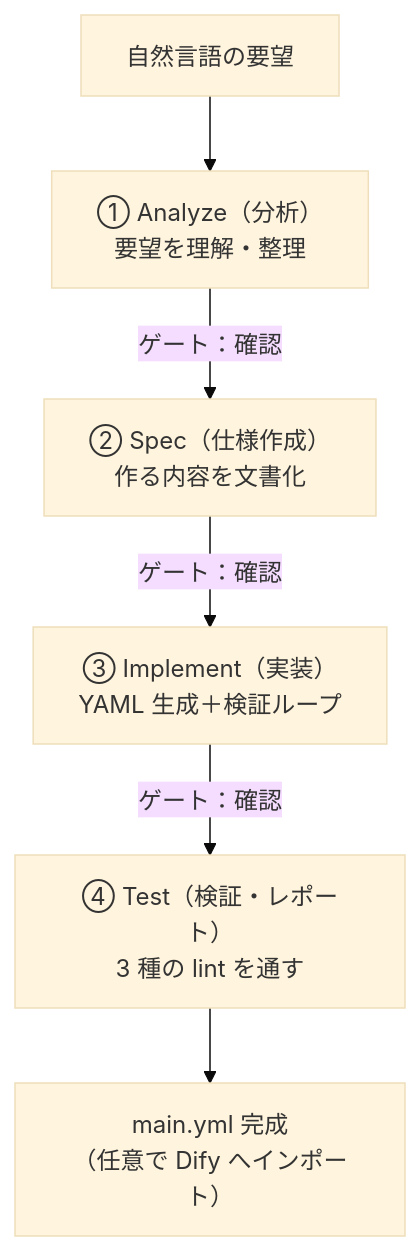
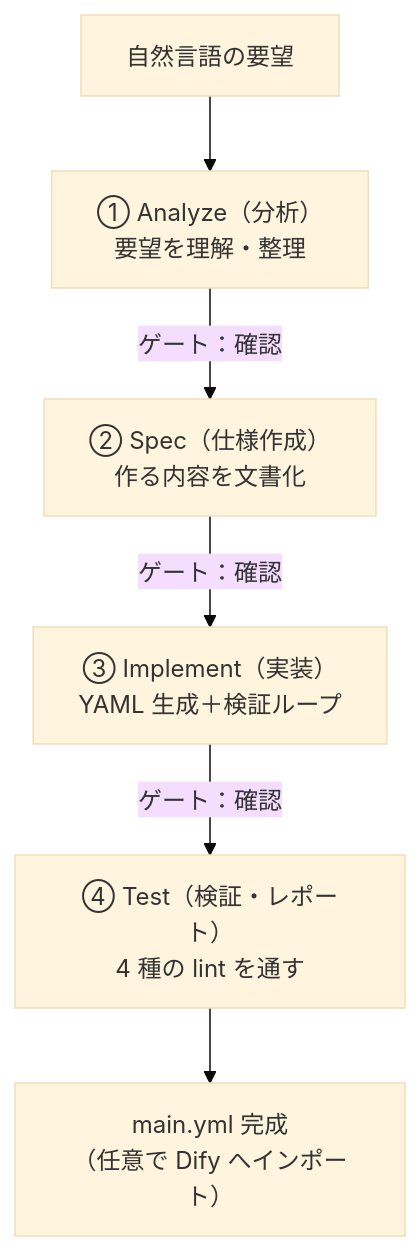
The second of 5 diagrams in docs/project-overview-ja.md (QuyenTrungvitalify/dify-projects), drawn with Mermaid (base theme) before and after one commit. The commit also changed other lines of this file and 10 other files, not shown here.

````diff
--- a/docs/project-overview-ja.md
+++ b/docs/project-overview-ja.md
@@ -51,8 +51,8 @@
 ```mermaid
 flowchart TD
   R["自然言語の要望"] --> A1["① Analyze（分析）<br/>要望を理解・整理"]
   A1 -->|"ゲート：確認"| A2["② Spec（仕様作成）<br/>作る内容を文書化"]
   A2 -->|"ゲート：確認"| A3["③ Implement（実装）<br/>YAML 生成＋検証ループ"]
-  A3 -->|"ゲート：確認"| A4["④ Test（検証・レポート）<br/>3 種の lint を通す"]
+  A3 -->|"ゲート：確認"| A4["④ Test（検証・レポート）<br/>4 種の lint を通す"]
   A4 --> O["main.yml 完成<br/>（任意で Dify へインポート）"]
 ```
````
